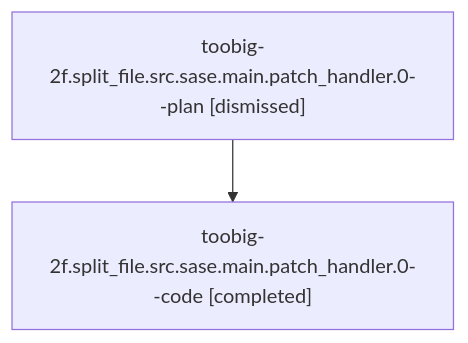
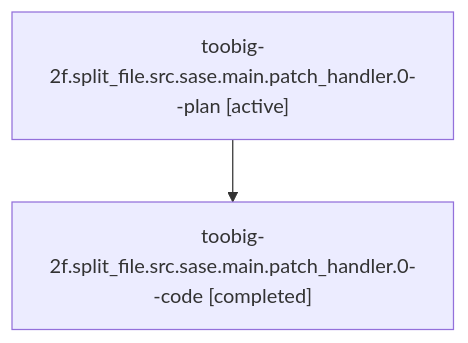
One commit to sase-org/sase--agents changed the diagram in families/bbugyi200.athena.toobig-2f.split_file.src.sase.main.patch_handler.0.md. Above: the diagram before and after it, drawn with Mermaid. The commit also changed other lines of this file and 35830 other files, not shown here.

````diff
--- a/families/bbugyi200.athena.toobig-2f.split_file.src.sase.main.patch_handler.0.md
+++ b/families/bbugyi200.athena.toobig-2f.split_file.src.sase.main.patch_handler.0.md
@@ -9,6 +9,6 @@
 ```mermaid
 flowchart TD
-  n0["toobig-2f.split_file.src.sase.main.patch_handler.0--plan [dismissed]"]
+  n0["toobig-2f.split_file.src.sase.main.patch_handler.0--plan [active]"]
   n1["toobig-2f.split_file.src.sase.main.patch_handler.0--code [completed]"]
   n0 --> n1
 ```
````
